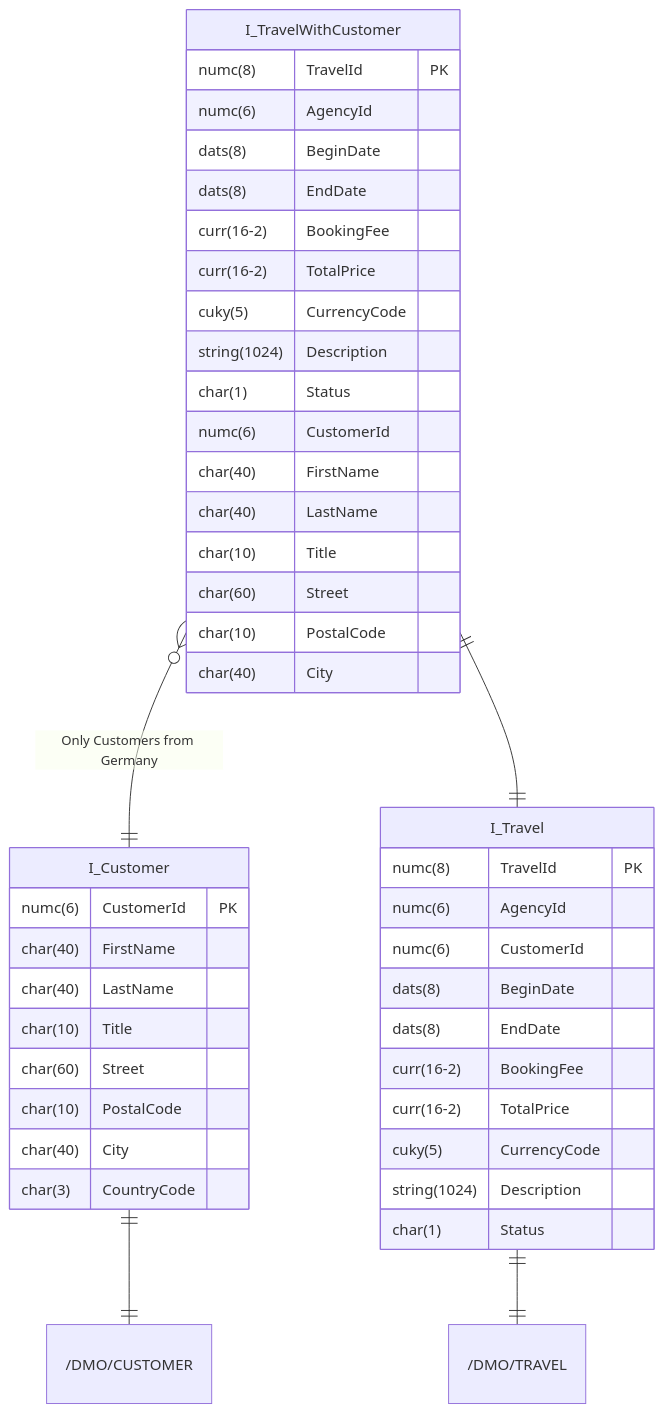
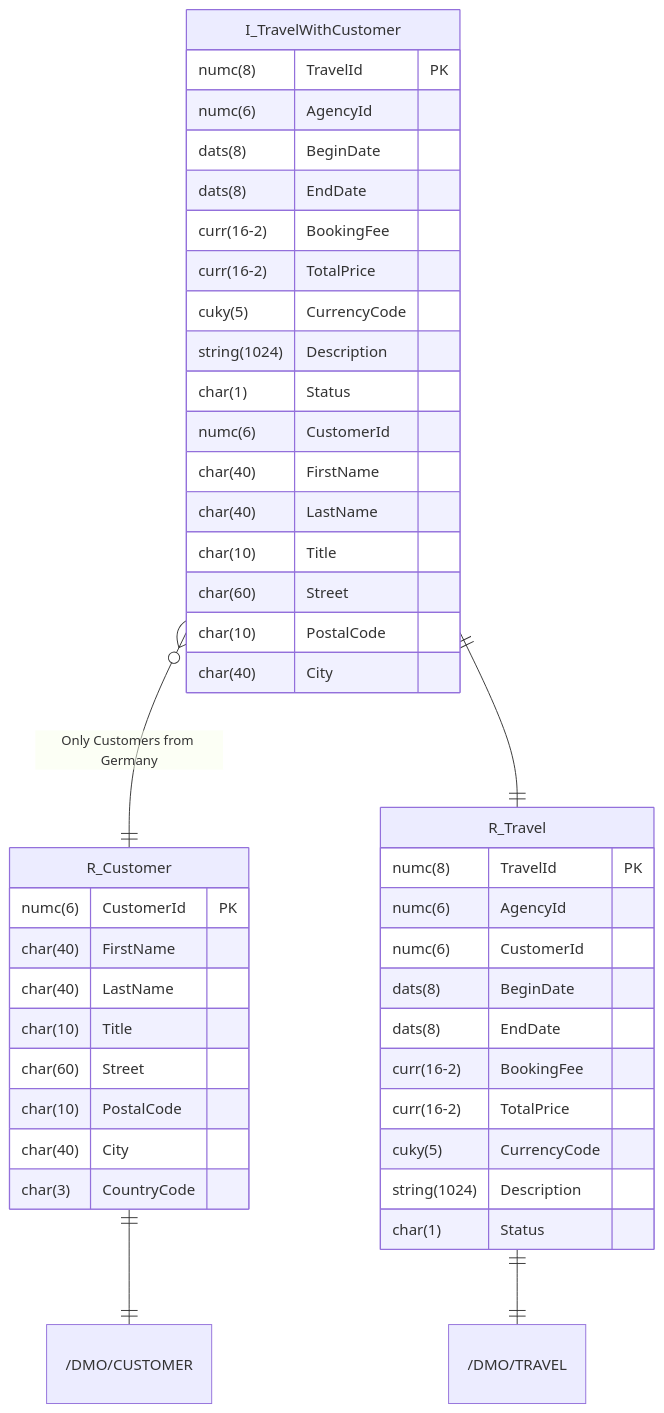
The diagram in docs/exercises/abap-cds/abap-cds-03.md (appenmaier/s4hana), drawn with Mermaid before and after one commit. The commit also changed other lines of this file and 15 other files, not shown here.

````diff
--- a/docs/exercises/abap-cds/abap-cds-03.md
+++ b/docs/exercises/abap-cds/abap-cds-03.md
@@ -10,51 +10,51 @@
 ```mermaid
 erDiagram
 
-    I_Customer ||--|| "/DMO/CUSTOMER" : ""
-    I_Travel ||--|| "/DMO/TRAVEL" : ""
-    I_TravelWithCustomer }o--|| I_Customer : "Only Customers from Germany"
-    I_TravelWithCustomer ||--|| I_Travel : ""
+    R_Customer ||--|| "/DMO/CUSTOMER" : ""
+    R_Travel ||--|| "/DMO/TRAVEL" : ""
+    I_TravelWithCustomer }o--|| R_Customer : "Only Customers from Germany"
+    I_TravelWithCustomer ||--|| R_Travel : ""
 
     I_TravelWithCustomer {
         numc(8) TravelId PK
         numc(6) AgencyId
         dats(8) BeginDate
         dats(8) EndDate
         curr(16-2) BookingFee
         curr(16-2) TotalPrice
         cuky(5) CurrencyCode
         string(1024) Description
         char(1) Status
         numc(6) CustomerId
         char(40) FirstName
         char(40) LastName
         char(10) Title
         char(60) Street
         char(10) PostalCode
         char(40) City
     }
 
-    I_Customer {
+    R_Customer {
         numc(6) CustomerId PK
         char(40) FirstName
         char(40) LastName
         char(10) Title
         char(60) Street
         char(10) PostalCode
         char(40) City
         char(3) CountryCode
     }
 
-    I_Travel {
+    R_Travel {
         numc(8) TravelId PK
         numc(6) AgencyId
         numc(6) CustomerId
         dats(8) BeginDate
         dats(8) EndDate
         curr(16-2) BookingFee
         curr(16-2) TotalPrice
         cuky(5) CurrencyCode
         string(1024) Description
         char(1) Status
     }
 ```
````
